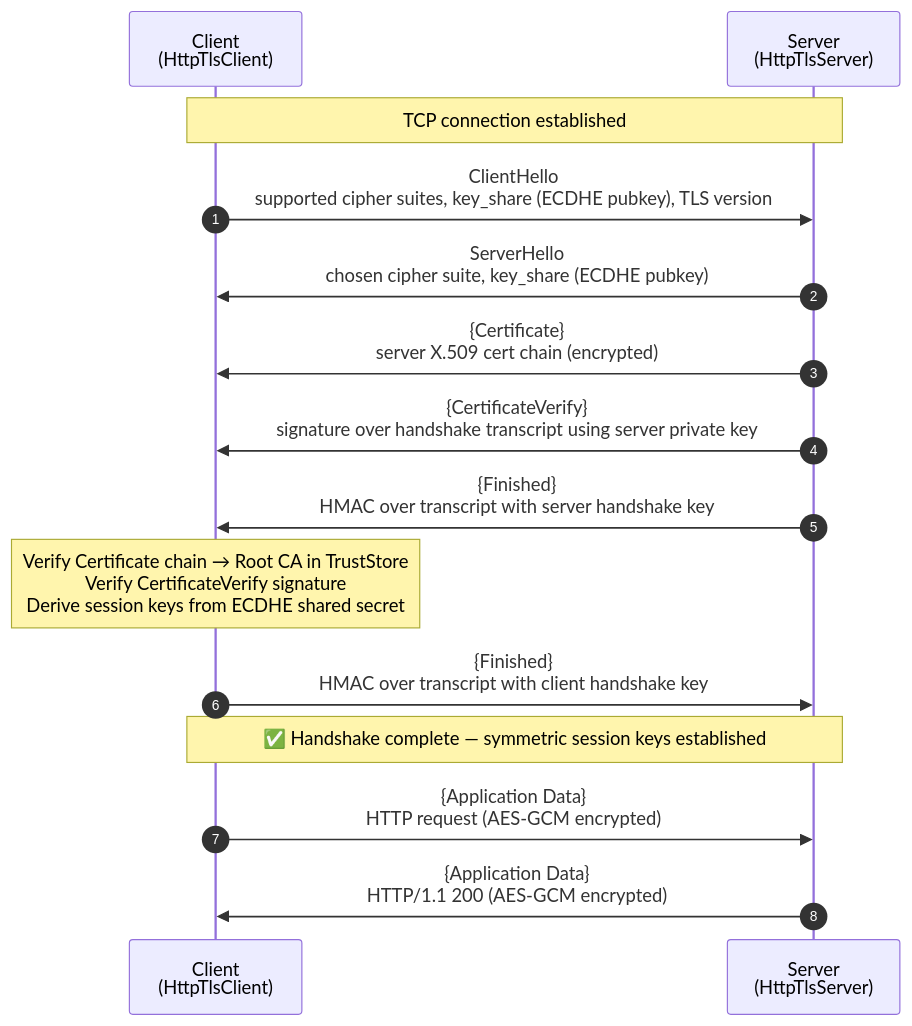
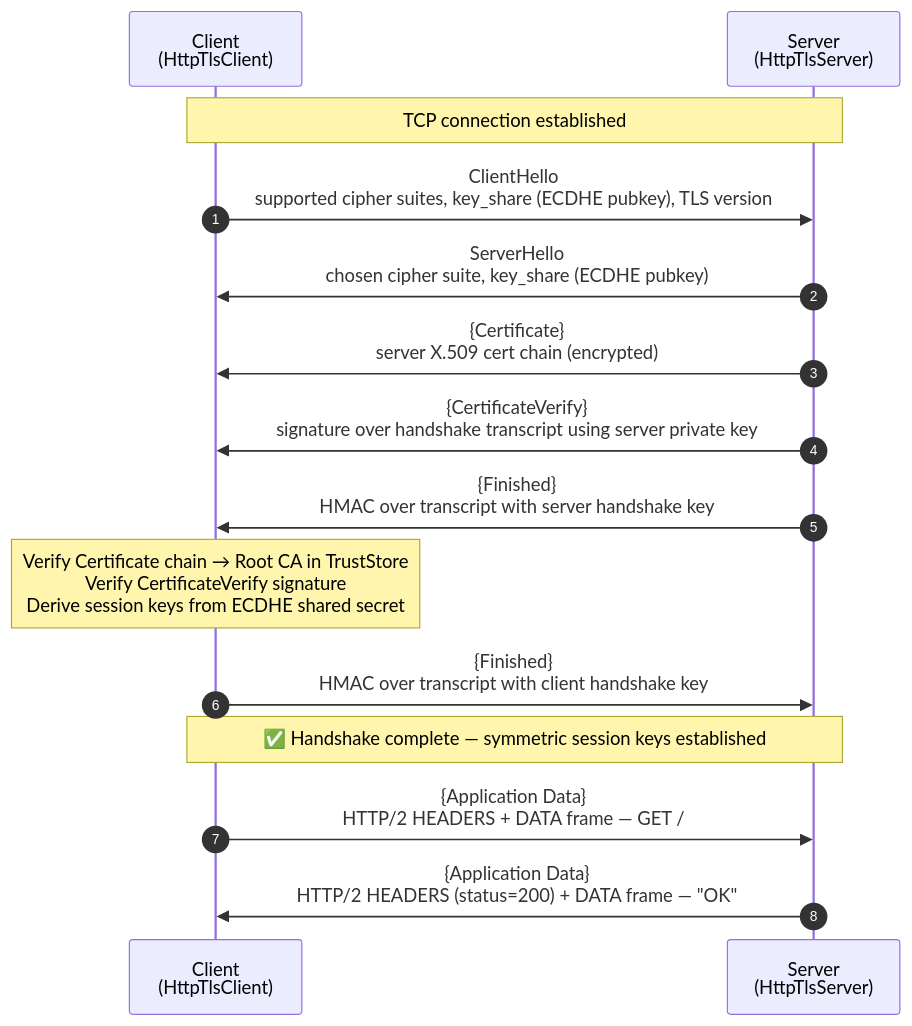
One commit to prayagupa/tls.kotlin changed the second of 5 diagrams in README.md. Above: the diagram before and after it, drawn with Mermaid. The commit also changed other lines of this file and 3 other files, not shown here.

````diff
--- a/README.md
+++ b/README.md
@@ -64,24 +64,24 @@
 ```mermaid
 sequenceDiagram
     autonumber
     participant C as Client<br/>(HttpTlsClient)
     participant S as Server<br/>(HttpTlsServer)
 
     Note over C,S: TCP connection established
 
     C->>S: ClientHello<br/>supported cipher suites, key_share (ECDHE pubkey), TLS version
 
     S->>C: ServerHello<br/>chosen cipher suite, key_share (ECDHE pubkey)
     S->>C: {Certificate}<br/>server X.509 cert chain (encrypted)
     S->>C: {CertificateVerify}<br/>signature over handshake transcript using server private key
     S->>C: {Finished}<br/>HMAC over transcript with server handshake key
 
     Note over C: Verify Certificate chain → Root CA in TrustStore<br/>Verify CertificateVerify signature<br/>Derive session keys from ECDHE shared secret
 
     C->>S: {Finished}<br/>HMAC over transcript with client handshake key
 
     Note over C,S: ✅ Handshake complete — symmetric session keys established
 
-    C->>S: {Application Data}<br/>HTTP request (AES-GCM encrypted)
-    S->>C: {Application Data}<br/>HTTP/1.1 200 (AES-GCM encrypted)
+    C->>S: {Application Data}<br/>HTTP/2 HEADERS + DATA frame — GET /
+    S->>C: {Application Data}<br/>HTTP/2 HEADERS (status=200) + DATA frame — "OK"
 ```
````
